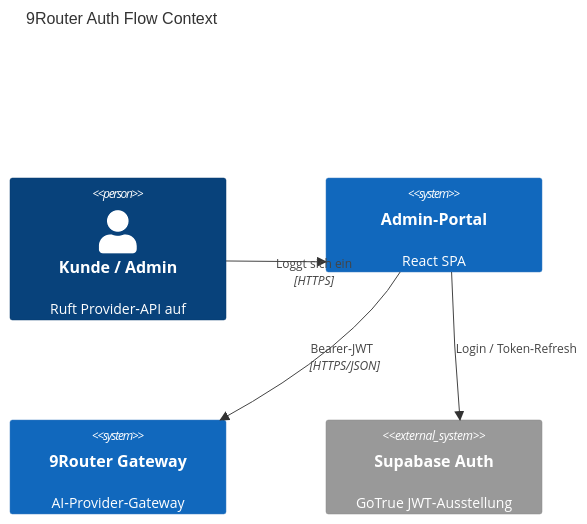
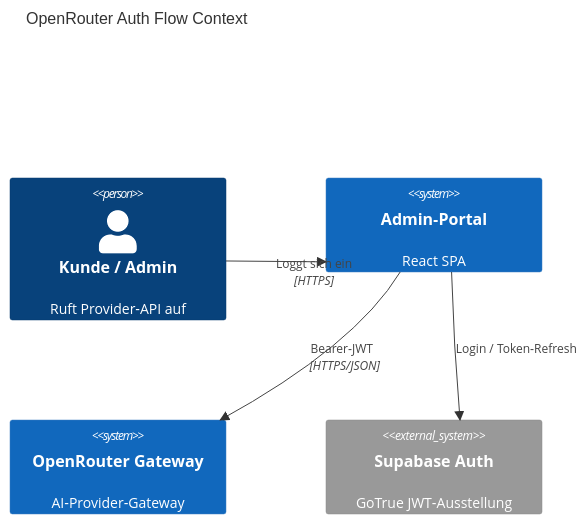
The first of 4 diagrams in docs/architecture/ADR-102-9router-auth-flow.md (NeXify-AI-by-NeXify-Chat-it-Automat-it/nexifyai-platform), drawn with Mermaid before and after one commit. The commit also changed other lines of this file and 55 other files, not shown here.

First line of the commit message:
feat(cleanup): 9Router removal + system-wide OpenRouter migration

````diff
--- a/docs/architecture/ADR-102-9router-auth-flow.md
+++ b/docs/architecture/ADR-102-9router-auth-flow.md
@@ -15,11 +15,11 @@
 ```mermaid
 C4Context
-  title 9Router Auth Flow Context
+  title OpenRouter Auth Flow Context
   Person(user, "Kunde / Admin", "Ruft Provider‑API auf")
   System(admin, "Admin‑Portal", "React SPA")
-  System(9router, "9Router Gateway", "AI‑Provider‑Gateway")
+  System(OpenRouter, "OpenRouter Gateway", "AI‑Provider‑Gateway")
   System_Ext(supabase, "Supabase Auth", "GoTrue JWT‑Ausstellung")
   Rel(user, admin, "Loggt sich ein", "HTTPS")
   Rel(admin, supabase, "Login / Token‑Refresh")
-  Rel(admin, 9router, "Bearer‑JWT", "HTTPS/JSON")
+  Rel(admin, OpenRouter, "Bearer‑JWT", "HTTPS/JSON")
 ```
````
